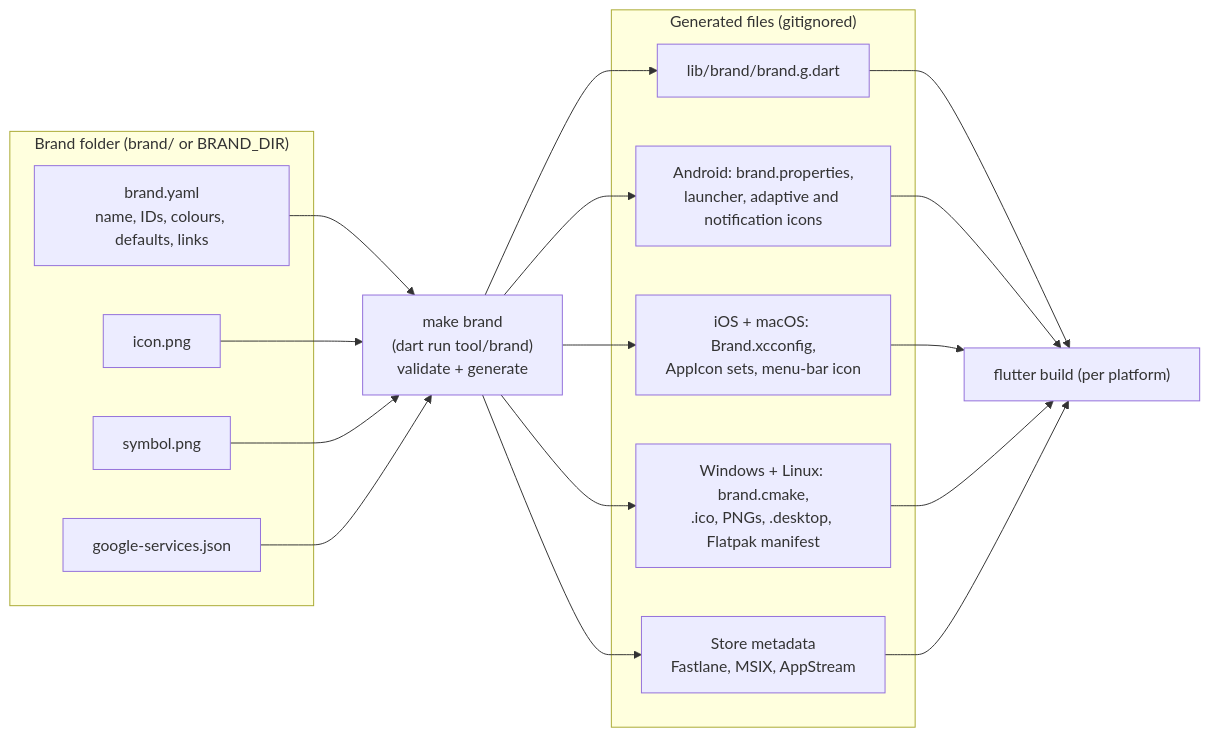
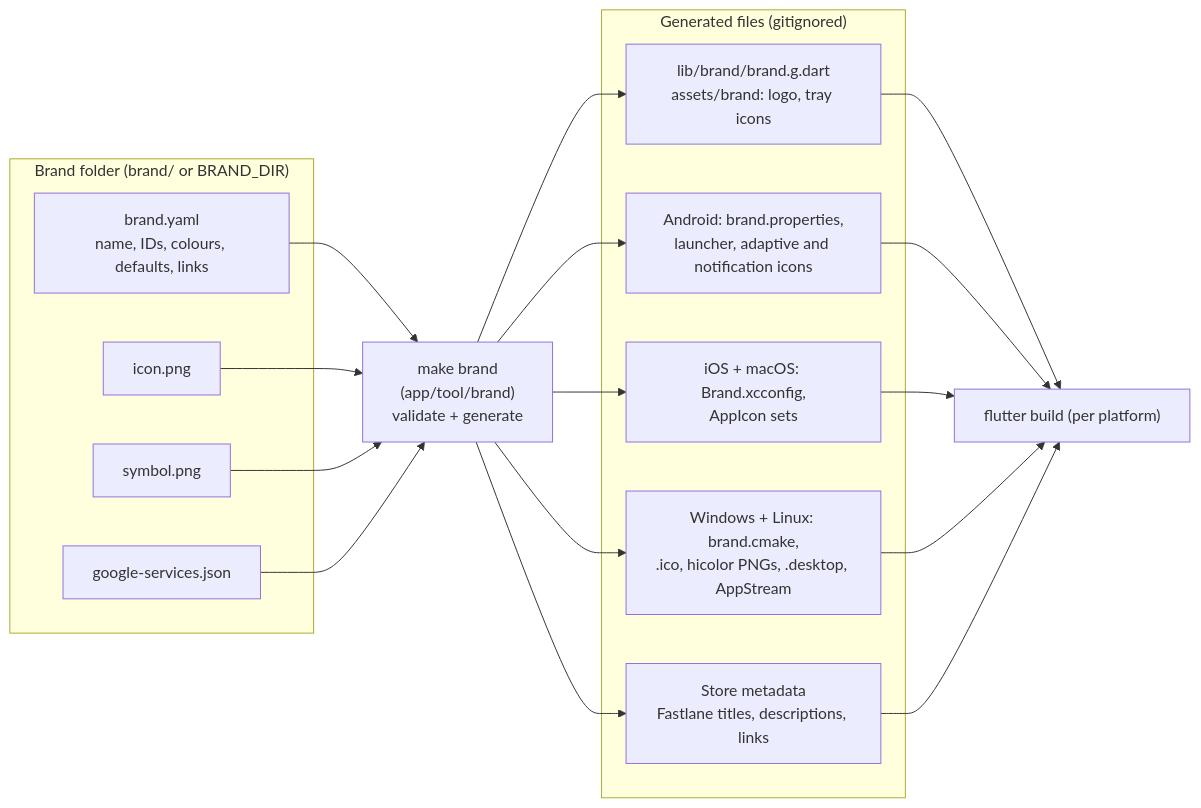
The sixth of 6 diagrams in docs/ARCHITECTURE.md (vignesh-ramsh/flare), drawn with Mermaid before and after one commit. The commit also changed other lines of this file and 47 other files, not shown here.

````diff
--- a/docs/ARCHITECTURE.md
+++ b/docs/ARCHITECTURE.md
@@ -763,32 +773,32 @@
 ```mermaid
 flowchart LR
   subgraph Brand["Brand folder (brand/ or BRAND_DIR)"]
     Y["brand.yaml<br/>name, IDs, colours, defaults, links"]
     I["icon.png"]
     S["symbol.png"]
     F["google-services.json"]
   end
-  T["make brand<br/>(dart run tool/brand)<br/>validate + generate"]
+  T["make brand<br/>(app/tool/brand)<br/>validate + generate"]
   subgraph Gen["Generated files (gitignored)"]
-    D["lib/brand/brand.g.dart"]
+    D["lib/brand/brand.g.dart<br/>assets/brand: logo, tray icons"]
     A["Android: brand.properties,<br/>launcher, adaptive and notification icons"]
-    X["iOS + macOS: Brand.xcconfig,<br/>AppIcon sets, menu-bar icon"]
-    W["Windows + Linux: brand.cmake,<br/>.ico, PNGs, .desktop, Flatpak manifest"]
-    M["Store metadata<br/>Fastlane, MSIX, AppStream"]
+    X["iOS + macOS: Brand.xcconfig,<br/>AppIcon sets"]
+    W["Windows + Linux: brand.cmake,<br/>.ico, hicolor PNGs, .desktop, AppStream"]
+    M["Store metadata<br/>Fastlane titles, descriptions, links"]
   end
   B["flutter build (per platform)"]
   Y --> T
   I --> T
   S --> T
   F --> T
   T --> D
   T --> A
   T --> X
   T --> W
   T --> M
   D --> B
   A --> B
   X --> B
   W --> B
   M --> B
 ```
````
